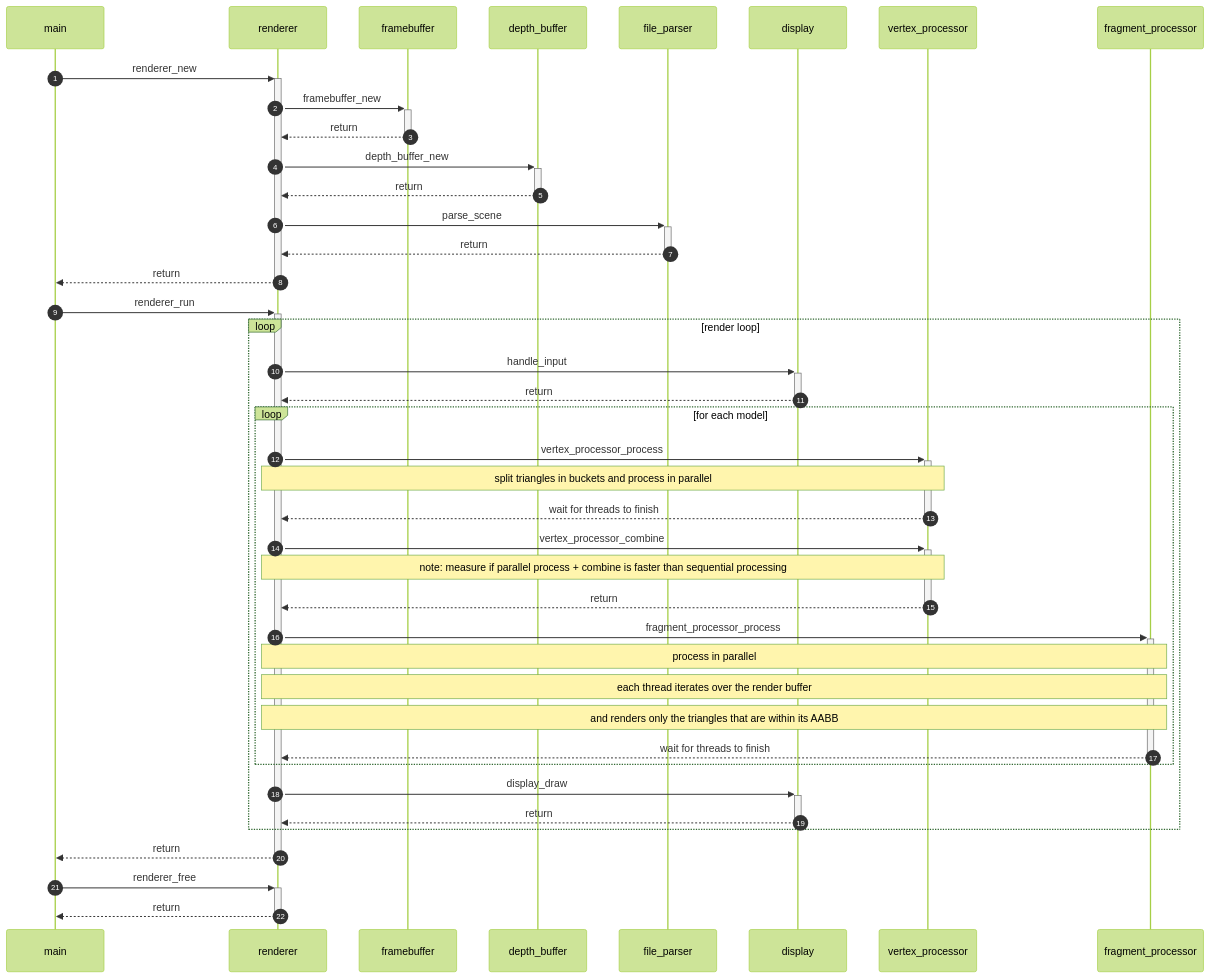
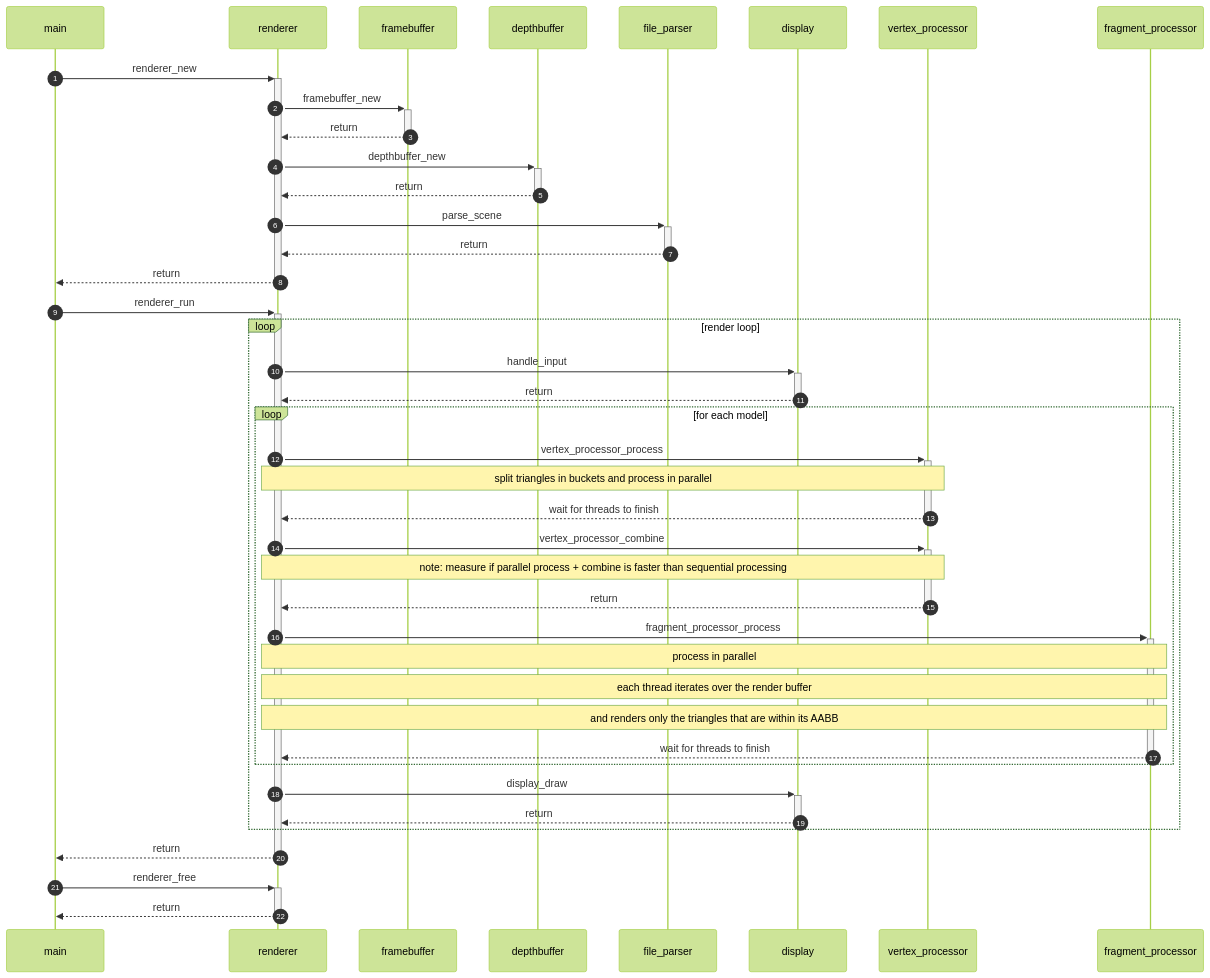
The diagram in README.md (marsp0/pbr-software-renderer), drawn with Mermaid before and after one commit. The commit also changed 6 other files, not shown here.

Commit message:
renaming depth_buffer_t to depthbuffer_t

````diff
--- a/README.md
+++ b/README.md
@@ -21,53 +21,53 @@
 ``` mermaid
 %%{init: { 'theme':'forest' } }%%
 sequenceDiagram
     autonumber
     main ->>+ renderer: renderer_new
     
     renderer ->>+ framebuffer: framebuffer_new
     framebuffer -->>- renderer: return
 
-    renderer ->>+ depth_buffer: depth_buffer_new
-    depth_buffer -->>- renderer: return
+    renderer ->>+ depthbuffer: depthbuffer_new
+    depthbuffer -->>- renderer: return
 
     renderer ->>+ file_parser: parse_scene 
     file_parser -->>- renderer: return
 
     renderer -->>- main: return
 
     main ->>+ renderer: renderer_run
 
     loop render loop
 
         renderer ->>+ display: handle_input
         display -->>- renderer: return
 
         loop for each model
 
             renderer ->>+ vertex_processor: vertex_processor_process
             note over vertex_processor, renderer: split triangles in buckets and process in parallel
             vertex_processor -->>- renderer: wait for threads to finish
 
             renderer ->>+ vertex_processor: vertex_processor_combine
             note over vertex_processor, renderer: note: measure if parallel process + combine is faster than sequential processing
             vertex_processor -->>- renderer: return
 
             renderer ->>+ fragment_processor: fragment_processor_process
             note over renderer, fragment_processor: process in parallel
             note over renderer, fragment_processor: each thread iterates over the render buffer
             note over renderer, fragment_processor: and renders only the triangles that are within its AABB
             fragment_processor -->>- renderer: wait for threads to finish
 
         end
 
         renderer ->>+ display: display_draw
         display -->>- renderer: return
 
     end
 
     renderer -->>- main: return
 
     main ->>+ renderer: renderer_free
     renderer -->>- main: return
 
 ```
````
